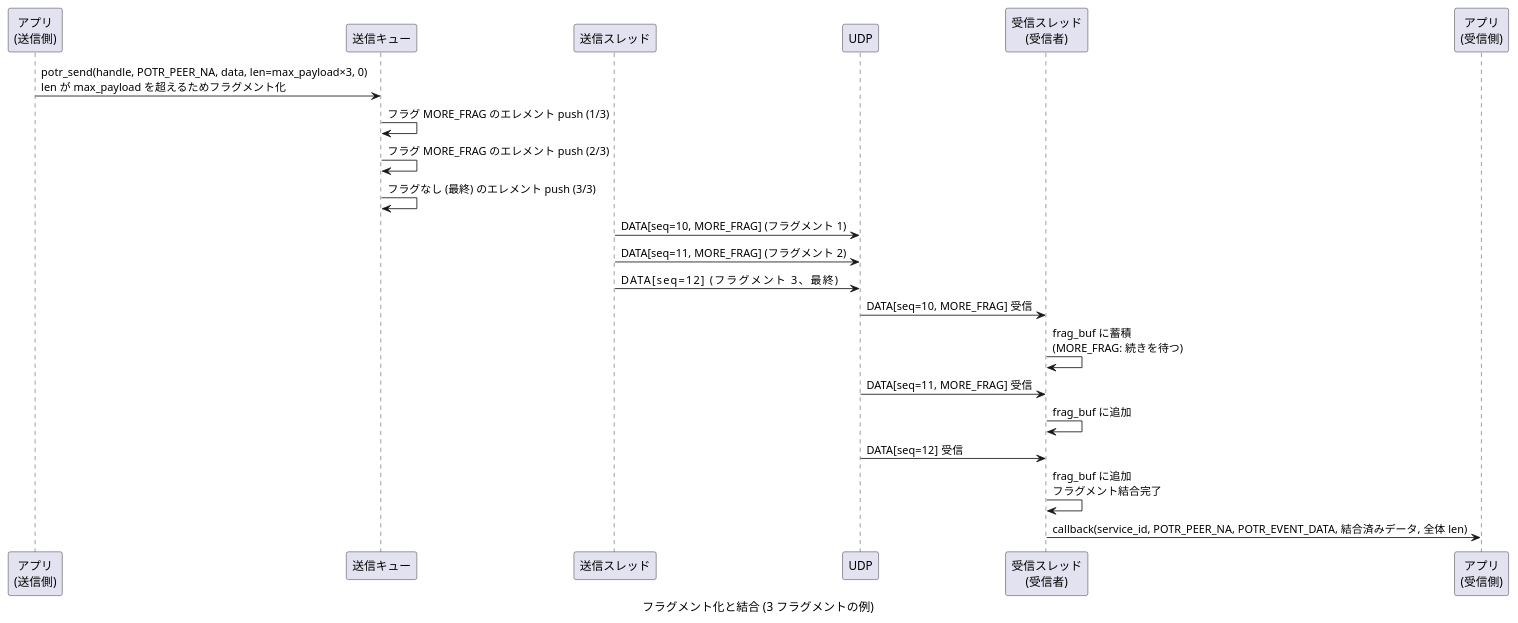
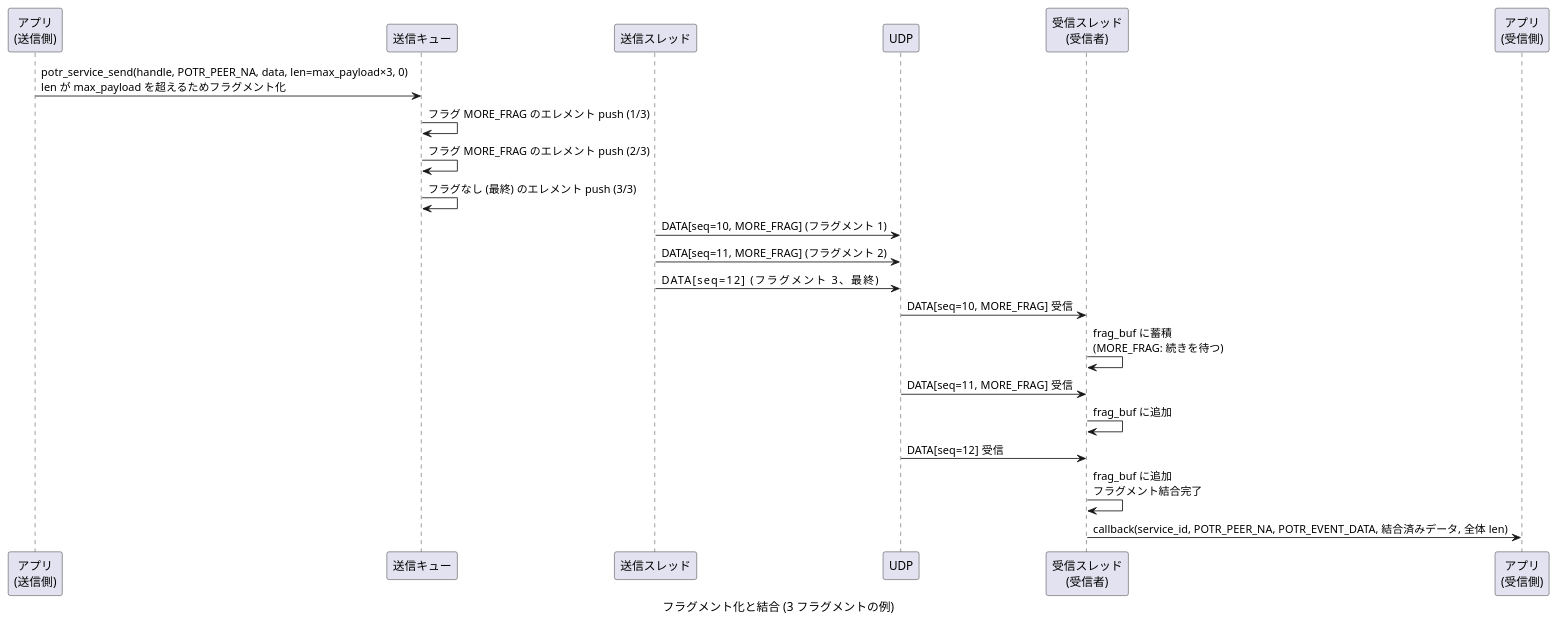
The third of 9 diagrams in docs/sequence-data.md (Hondarer/app_porter), drawn with PlantUML before and after one commit. The commit also changed other lines of this file and 46 other files, not shown here.

````diff
--- a/docs/sequence-data.md
+++ b/docs/sequence-data.md
@@ -81,34 +81,34 @@
 ```plantuml
 @startuml フラグメント化と結合 (3 フラグメントの例)
 caption フラグメント化と結合 (3 フラグメントの例)
 
 participant "アプリ\n(送信側)" as SAPP
 participant "送信キュー" as Q
 participant "送信スレッド" as ST
 participant "UDP" as UDP
 participant "受信スレッド\n(受信者)" as RRT
 participant "アプリ\n(受信側)" as RAPP
 
-SAPP -> Q: potr_send(handle, POTR_PEER_NA, data, len=max_payload×3, 0)\nlen が max_payload を超えるためフラグメント化
+SAPP -> Q: potr_service_send(handle, POTR_PEER_NA, data, len=max_payload×3, 0)\nlen が max_payload を超えるためフラグメント化
 
 Q -> Q: フラグ MORE_FRAG のエレメント push (1/3)
 Q -> Q: フラグ MORE_FRAG のエレメント push (2/3)
 Q -> Q: フラグなし (最終) のエレメント push (3/3)
 
 ST -> UDP: DATA[seq=10, MORE_FRAG] (フラグメント 1)
 ST -> UDP: DATA[seq=11, MORE_FRAG] (フラグメント 2)
 ST -> UDP: DATA[seq=12]           (フラグメント 3、最終)
 
 UDP -> RRT: DATA[seq=10, MORE_FRAG] 受信
 RRT -> RRT: frag_buf に蓄積\n(MORE_FRAG: 続きを待つ)
 
 UDP -> RRT: DATA[seq=11, MORE_FRAG] 受信
 RRT -> RRT: frag_buf に追加
 
 UDP -> RRT: DATA[seq=12] 受信
 RRT -> RRT: frag_buf に追加\nフラグメント結合完了
 
 RRT -> RAPP: callback(service_id, POTR_PEER_NA, POTR_EVENT_DATA, 結合済みデータ, 全体 len)
 
 @enduml
 ```
````
